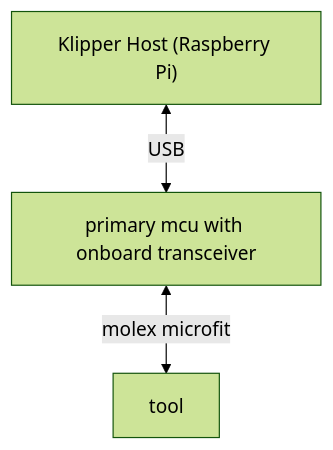
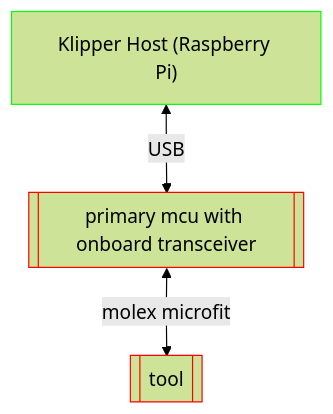
The sixth of 9 diagrams in can.md (willpuckett/kb_can), drawn with Mermaid (forest theme) before and after one commit. The commit also changed other lines of this file and 1 other file, not shown here.

````diff
--- a/can.md
+++ b/can.md
@@ -243,8 +280,12 @@
 ```mermaid
 graph TD;
-    sbc["Klipper Host (Raspberry Pi)"]
-    t0[tool]
-    primary["primary mcu with onboard transceiver"]
+    classDef term stroke:#f00
+    classDef can stroke:#0f0
+    classDef nc stroke:#00f
+
+    sbc["Klipper Host (Raspberry Pi)"]:::can
+    t0[[tool]]:::term
+    primary[["primary mcu with onboard transceiver"]]:::term
 
     sbc <--USB--> primary <--molex microfit--> t0 
 ```
````
